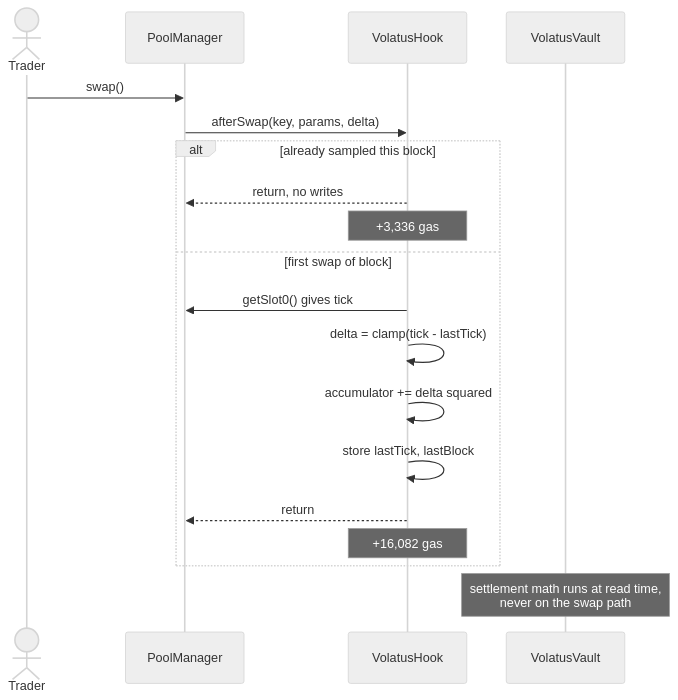
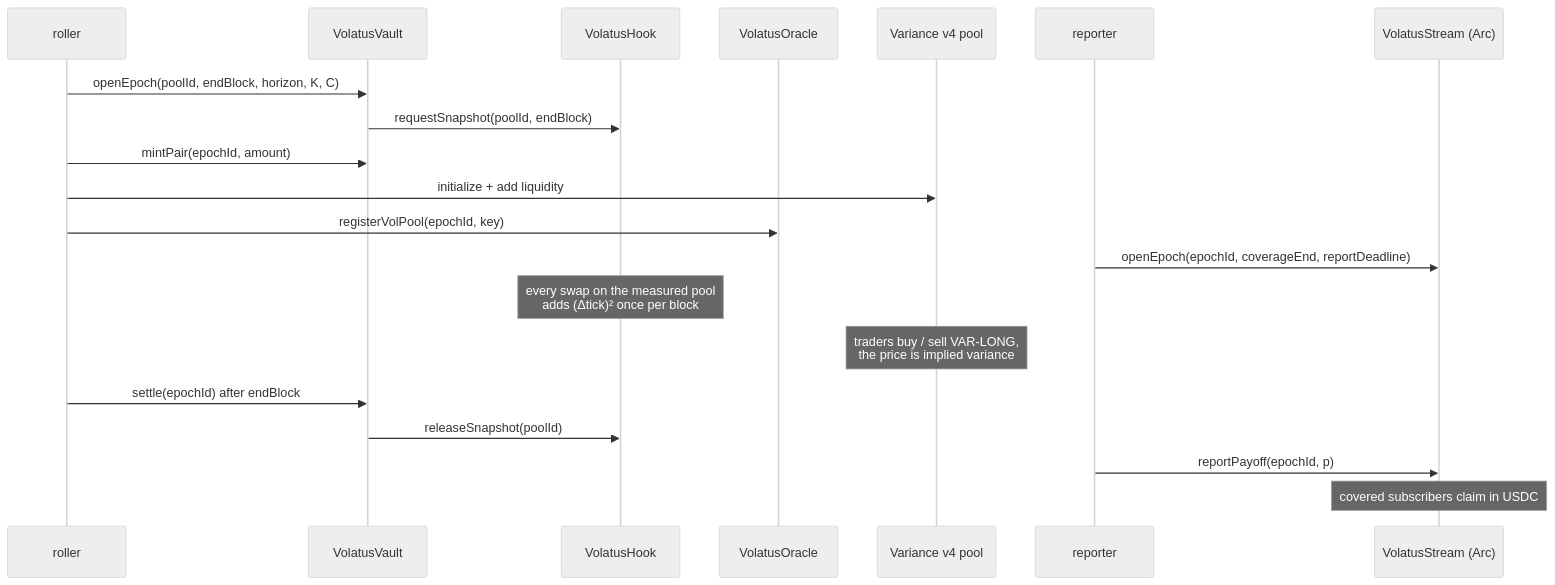
One commit to VolatusHQ/frontend changed the second of 4 diagrams in README.md. Above: the diagram before and after it, drawn with Mermaid (neutral theme). The commit also changed other lines of this file and 1 other file, not shown here.

````diff
--- a/README.md
+++ b/README.md
@@ -347,24 +157,23 @@
 ```mermaid
 sequenceDiagram
-    actor Trader
-    participant PM as PoolManager
-    participant Hook as VolatusHook
-    participant Vault as VolatusVault
+    participant R as roller
+    participant V as VolatusVault
+    participant H as VolatusHook
+    participant O as VolatusOracle
+    participant P as Variance v4 pool
+    participant Rep as reporter
+    participant S as VolatusStream (Arc)
 
-    Trader->>PM: swap()
-    PM->>Hook: afterSwap(key, params, delta)
-
-    alt already sampled this block
-        Hook-->>PM: return, no writes
-        Note over Hook: +3,336 gas
-    else first swap of block
-        Hook->>PM: getSlot0() gives tick
-        Hook->>Hook: delta = clamp(tick - lastTick)
-        Hook->>Hook: accumulator += delta squared
-        Hook->>Hook: store lastTick, lastBlock
-        Hook-->>PM: return
-        Note over Hook: +16,082 gas
-    end
-
-    Note over Vault: settlement math runs at read time,<br/>never on the swap path
+    R->>V: openEpoch(poolId, endBlock, horizon, K, C)
+    V->>H: requestSnapshot(poolId, endBlock)
+    R->>V: mintPair(epochId, amount)
+    R->>P: initialize + add liquidity
+    R->>O: registerVolPool(epochId, key)
+    Rep->>S: openEpoch(epochId, coverageEnd, reportDeadline)
+    Note over H: every swap on the measured pool<br/>adds (Δtick)² once per block
+    Note over P: traders buy / sell VAR-LONG,<br/>the price is implied variance
+    R->>V: settle(epochId) after endBlock
+    V->>H: releaseSnapshot(poolId)
+    Rep->>S: reportPayoff(epochId, p)
+    Note over S: covered subscribers claim in USDC
 ```
````
